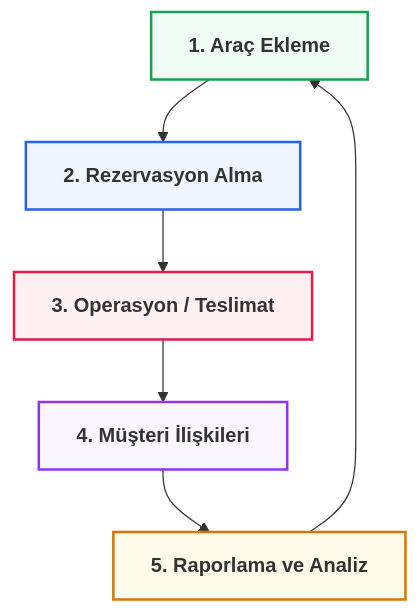
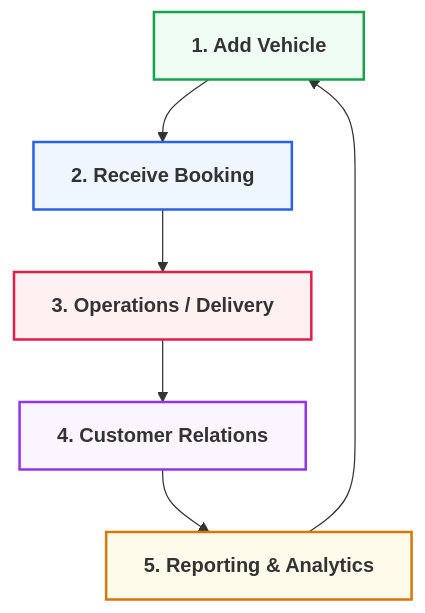
The diagram in docs/03-features-usage/reading-order.md (MaxHandMade/mhm-rentiva-docs), drawn with Mermaid before and after one commit. The commit also changed other lines of this file and 347 other files, not shown here.

````diff
--- a/docs/03-features-usage/reading-order.md
+++ b/docs/03-features-usage/reading-order.md
@@ -70,14 +70,14 @@
 ```mermaid
 graph TD
-    A[<b>1. Araç Ekleme</b>] --> B[<b>2. Rezervasyon Alma</b>]
-    B --> C[<b>3. Operasyon / Teslimat</b>]
-    C --> D[<b>4. Müşteri İlişkileri</b>]
-    D --> E[<b>5. Raporlama ve Analiz</b>]
+    A[<b>1. Add Vehicle</b>] --> B[<b>2. Receive Booking</b>]
+    B --> C[<b>3. Operations / Delivery</b>]
+    C --> D[<b>4. Customer Relations</b>]
+    D --> E[<b>5. Reporting & Analytics</b>]
     E --> A
     
     style A fill:#f0fdf4,stroke:#16a34a,stroke-width:2px
     style B fill:#eff6ff,stroke:#2563eb,stroke-width:2px
     style C fill:#fff1f2,stroke:#e11d48,stroke-width:2px
     style D fill:#faf5ff,stroke:#9333ea,stroke-width:2px
     style E fill:#fffbeb,stroke:#d97706,stroke-width:2px
 ```
````
